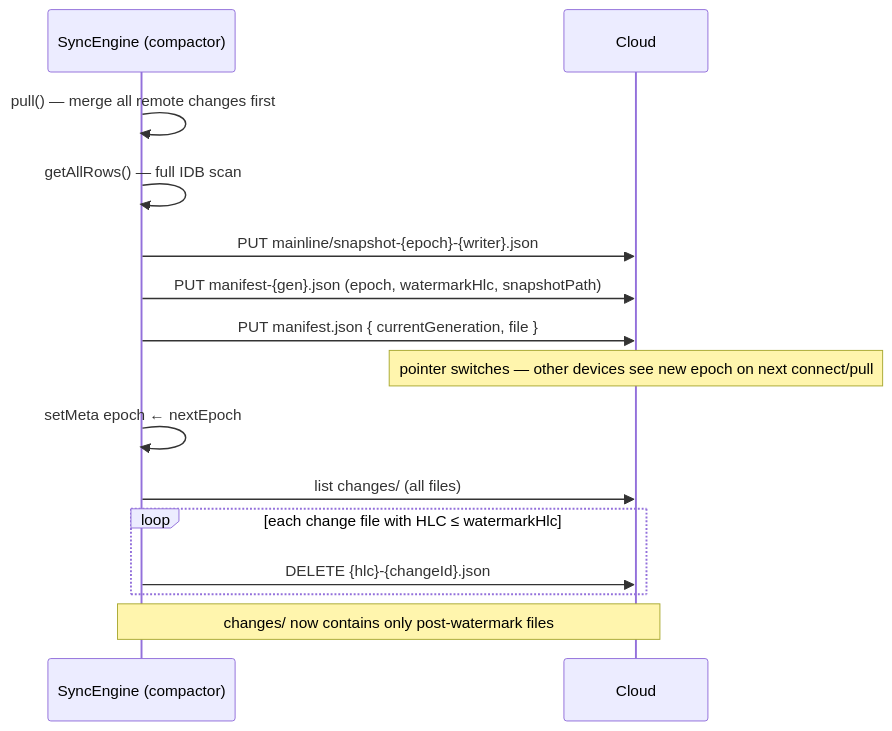
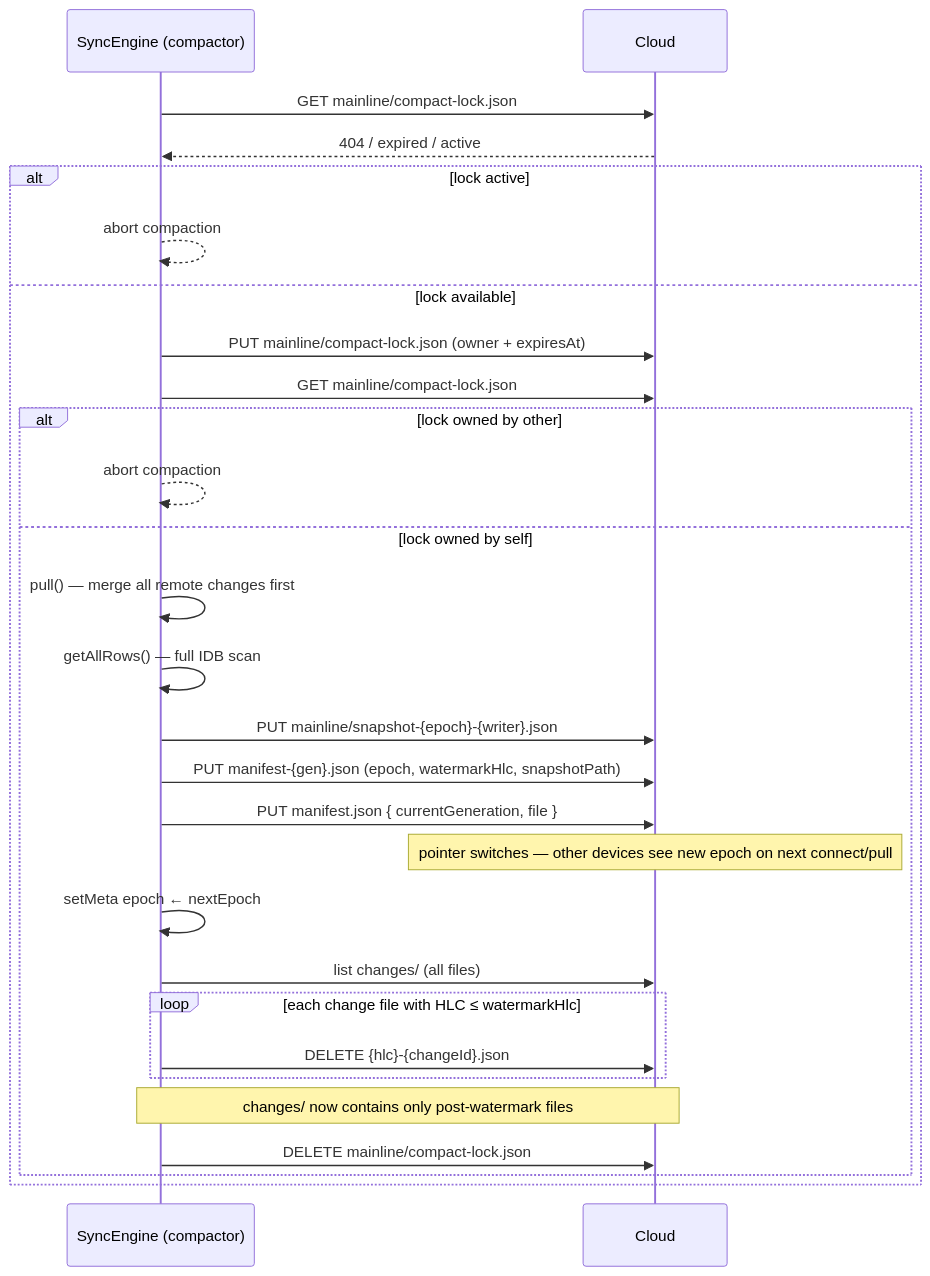
The fourth of 7 diagrams in docs/flows.md (Machine-Garden/interocitor), drawn with Mermaid before and after one commit. The commit also changed 6 other files, not shown here.

Commit message:
update flows

````diff
--- a/docs/flows.md
+++ b/docs/flows.md
@@ -86,21 +86,33 @@
 ```mermaid
 sequenceDiagram
     participant E as SyncEngine (compactor)
     participant C as Cloud
 
-    E->>E: pull() — merge all remote changes first
-    E->>E: getAllRows() — full IDB scan
+    E->>C: GET mainline/compact-lock.json
+    C-->>E: 404 / expired / active
+    alt lock active
+        E-->>E: abort compaction
+    else lock available
+        E->>C: PUT mainline/compact-lock.json (owner + expiresAt)
+        E->>C: GET mainline/compact-lock.json
+        alt lock owned by other
+            E-->>E: abort compaction
+        else lock owned by self
+            E->>E: pull() — merge all remote changes first
+            E->>E: getAllRows() — full IDB scan
+            E->>C: PUT mainline/snapshot-{epoch}-{writer}.json
+            E->>C: PUT manifest-{gen}.json (epoch, watermarkHlc, snapshotPath)
+            E->>C: PUT manifest.json { currentGeneration, file }
+            Note over C: pointer switches — other devices see new epoch on next connect/pull
 
-    E->>C: PUT mainline/snapshot-{epoch}-{writer}.json
-    E->>C: PUT manifest-{gen}.json (epoch, watermarkHlc, snapshotPath)
-    E->>C: PUT manifest.json { currentGeneration, file }
-    Note over C: pointer switches — other devices see new epoch on next connect/pull
+            E->>E: setMeta epoch ← nextEpoch
 
-    E->>E: setMeta epoch ← nextEpoch
-
-    E->>C: list changes/ (all files)
-    loop each change file with HLC ≤ watermarkHlc
-        E->>C: DELETE {hlc}-{changeId}.json
+            E->>C: list changes/ (all files)
+            loop each change file with HLC ≤ watermarkHlc
+                E->>C: DELETE {hlc}-{changeId}.json
+            end
+            Note over E,C: changes/ now contains only post-watermark files
+            E->>C: DELETE mainline/compact-lock.json
+        end
     end
-    Note over E,C: changes/ now contains only post-watermark files
 ```
````
